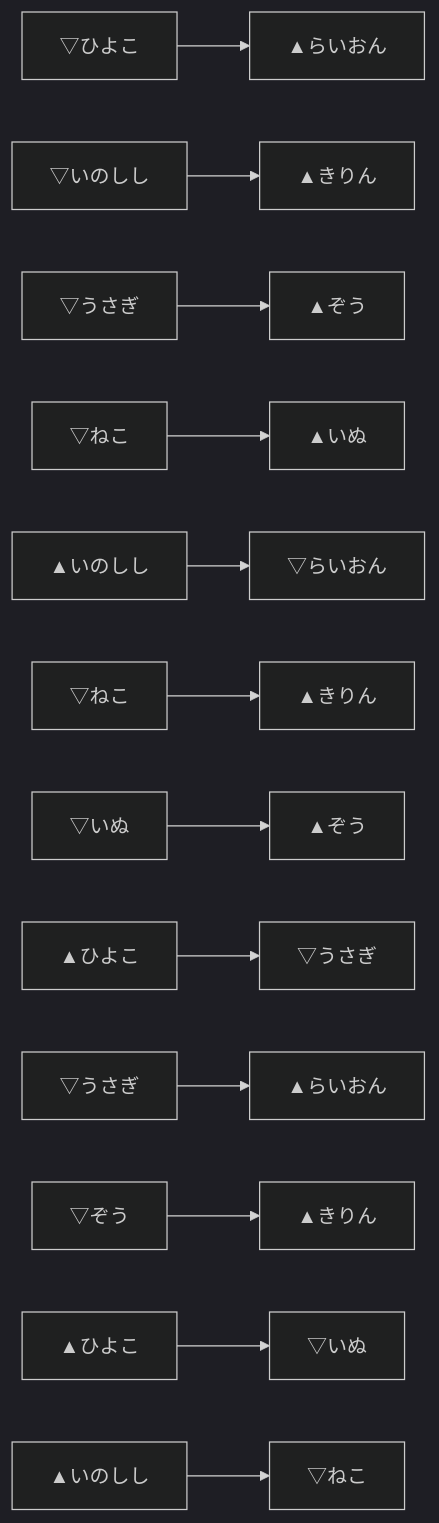
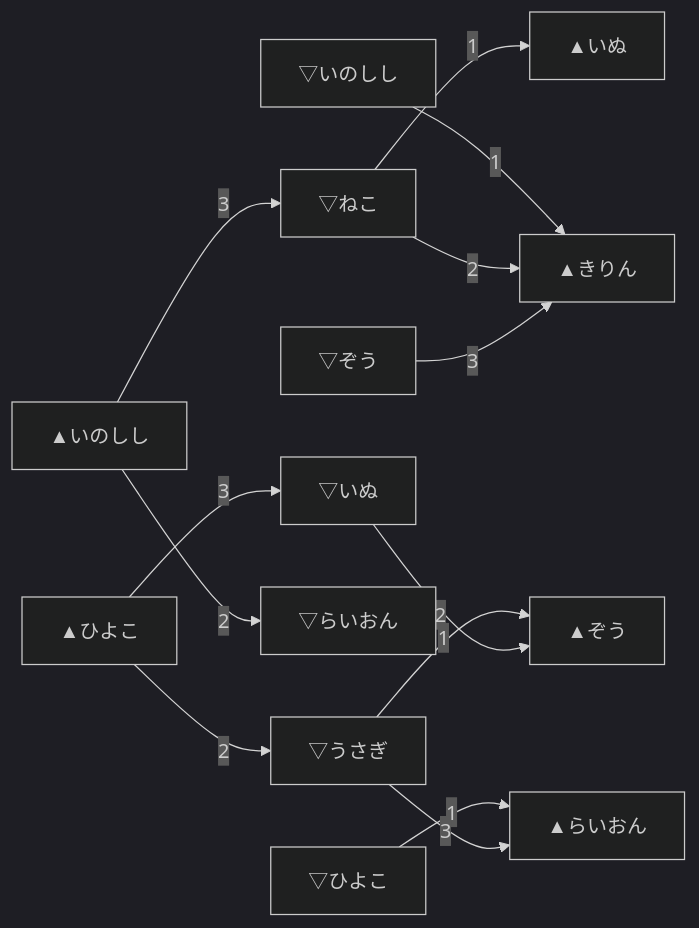
The second of 3 diagrams in docs/むずでょの案/【大会ルール案】格付けグラフ戦_4.md (muzudho/ShogiTournamentSystemAnalyzer), drawn with Mermaid (dark theme) before and after one commit. The commit also changed other lines of this file, not shown here.

Commit message:
wip: 素晴らしい図

````diff
--- a/docs/むずでょの案/【大会ルール案】格付けグラフ戦_4.md
+++ b/docs/むずでょの案/【大会ルール案】格付けグラフ戦_4.md
@@ -122,17 +126,17 @@
 ```mermaid
 flowchart LR
-    h1["▽ひよこ"] --> l1["▲らいおん"]
-    b1["▽いのしし"] --> g1["▲きりん"]
-    r1["▽うさぎ"] --> e1["▲ぞう"]
-    c1["▽ねこ"] --> d1["▲いぬ"]
+    zHiyoko["▽ひよこ"] -->|1| aLion["▲らいおん"]
+    zInoshishi["▽いのしし"] -->|1| aKirin["▲きりん"]
+    zUsagi["▽うさぎ"] -->|1| aZou["▲ぞう"]
+    zNeko["▽ねこ"] -->|1| aInu["▲いぬ"]
 
-    b2["▲いのしし"] --> l2["▽らいおん"]
-    c2["▽ねこ"] --> g2["▲きりん"]
-    d2["▽いぬ"] --> e2["▲ぞう"]
-    h2["▲ひよこ"] --> r2["▽うさぎ"]
+    aInoshishi["▲いのしし"] -->|2| zLion["▽らいおん"]
+    zNeko -->|2| aKirin
+    zInu["▽いぬ"] -->|2| aZou
+    aHiyoko["▲ひよこ"] -->|2| zUsagi
 
-    r3["▽うさぎ"] --> l3["▲らいおん"]
-    e3["▽ぞう"] --> g3["▲きりん"]
-    h3["▲ひよこ"] --> d3["▽いぬ"]
-    b3["▲いのしし"] --> c3["▽ねこ"]
+    zUsagi -->|3| aLion
+    zZou["▽ぞう"] -->|3| aKirin
+    aHiyoko -->|3| zInu
+    aInoshishi -->|3| zNeko
 ```
````
